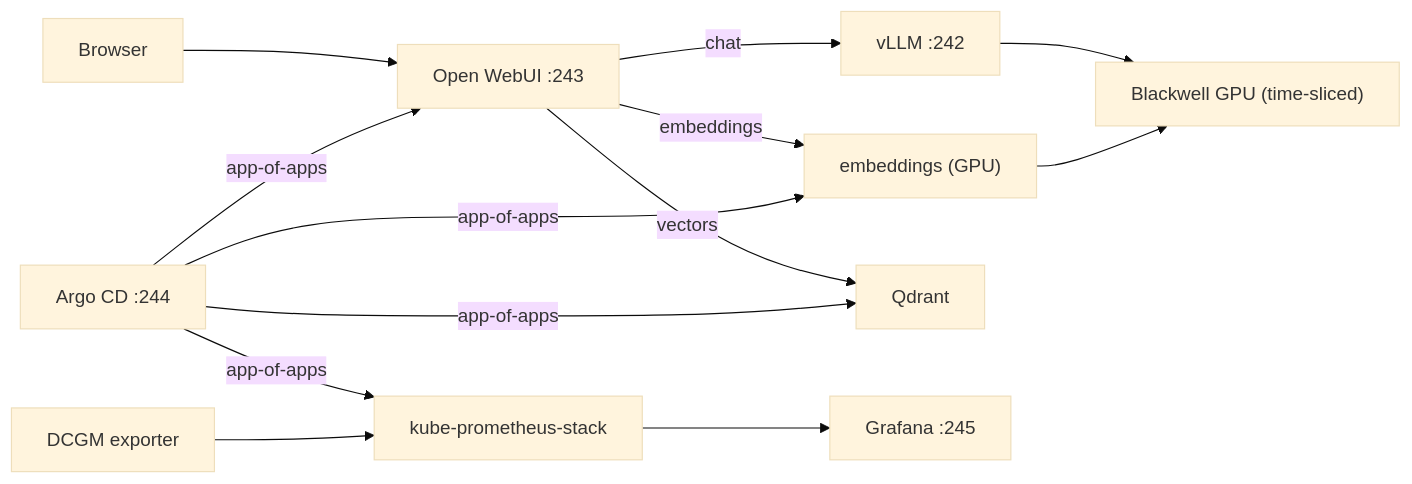
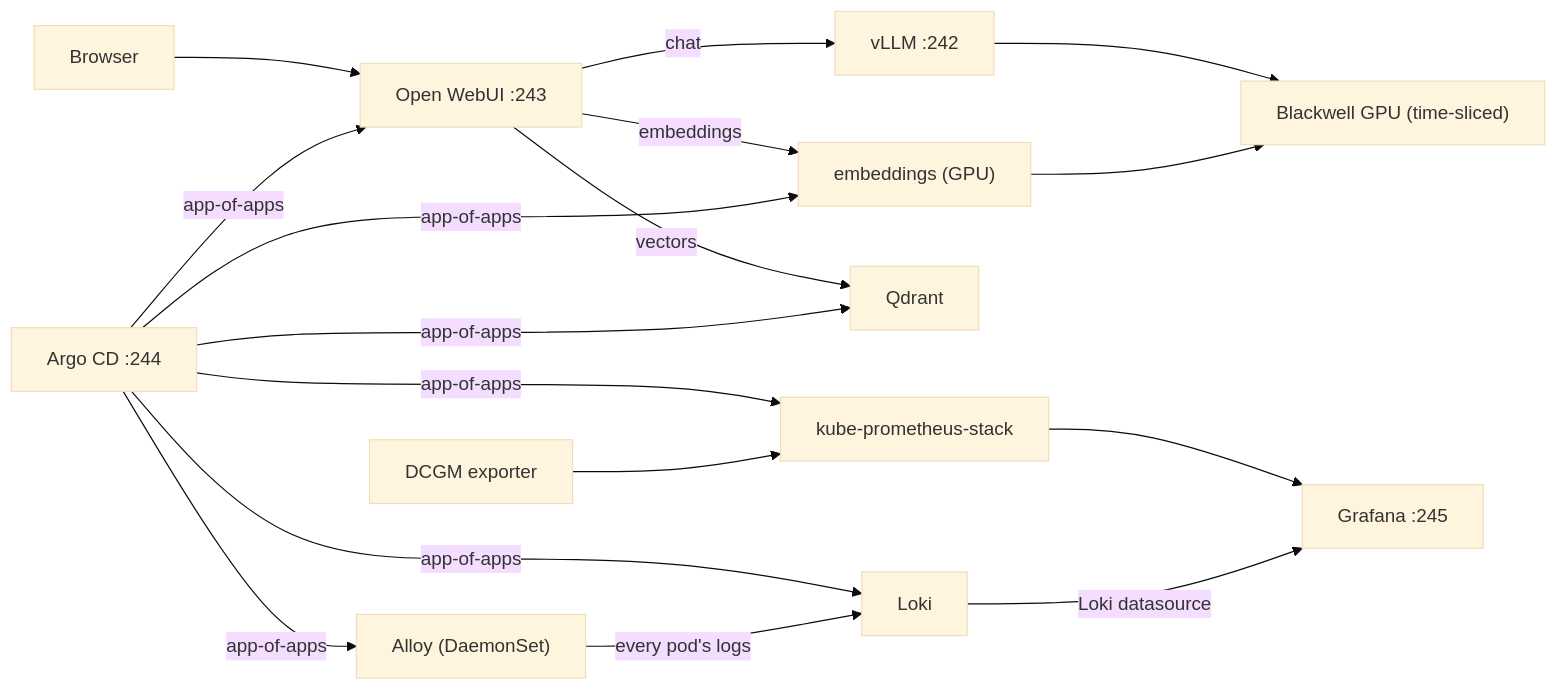
One commit to rykelley/atmos-proxmox-k8s changed the diagram in README.md. Above: the diagram before and after it, drawn with Mermaid (base theme). The commit also changed other lines of this file and 3 other files, not shown here.

First line of the commit message:
Add Loki + Grafana Alloy for cluster-wide log search in Grafana

````diff
--- a/README.md
+++ b/README.md
@@ -404,12 +406,14 @@
 ```mermaid
 flowchart LR
   user["Browser"] --> owui["Open WebUI :243"]
   owui -->|chat| vllm["vLLM :242"]
   owui -->|embeddings| emb["embeddings (GPU)"]
   owui -->|vectors| qdrant["Qdrant"]
   vllm --> gpu["Blackwell GPU (time-sliced)"]
   emb --> gpu
-  argocd["Argo CD :244"] -->|app-of-apps| owui & qdrant & emb & mon["kube-prometheus-stack"]
+  argocd["Argo CD :244"] -->|app-of-apps| owui & qdrant & emb & mon["kube-prometheus-stack"] & loki["Loki"] & alloy["Alloy (DaemonSet)"]
   dcgm["DCGM exporter"] --> mon
+  alloy -->|every pod's logs| loki
   mon --> grafana["Grafana :245"]
+  loki -->|Loki datasource| grafana
 ```
````
